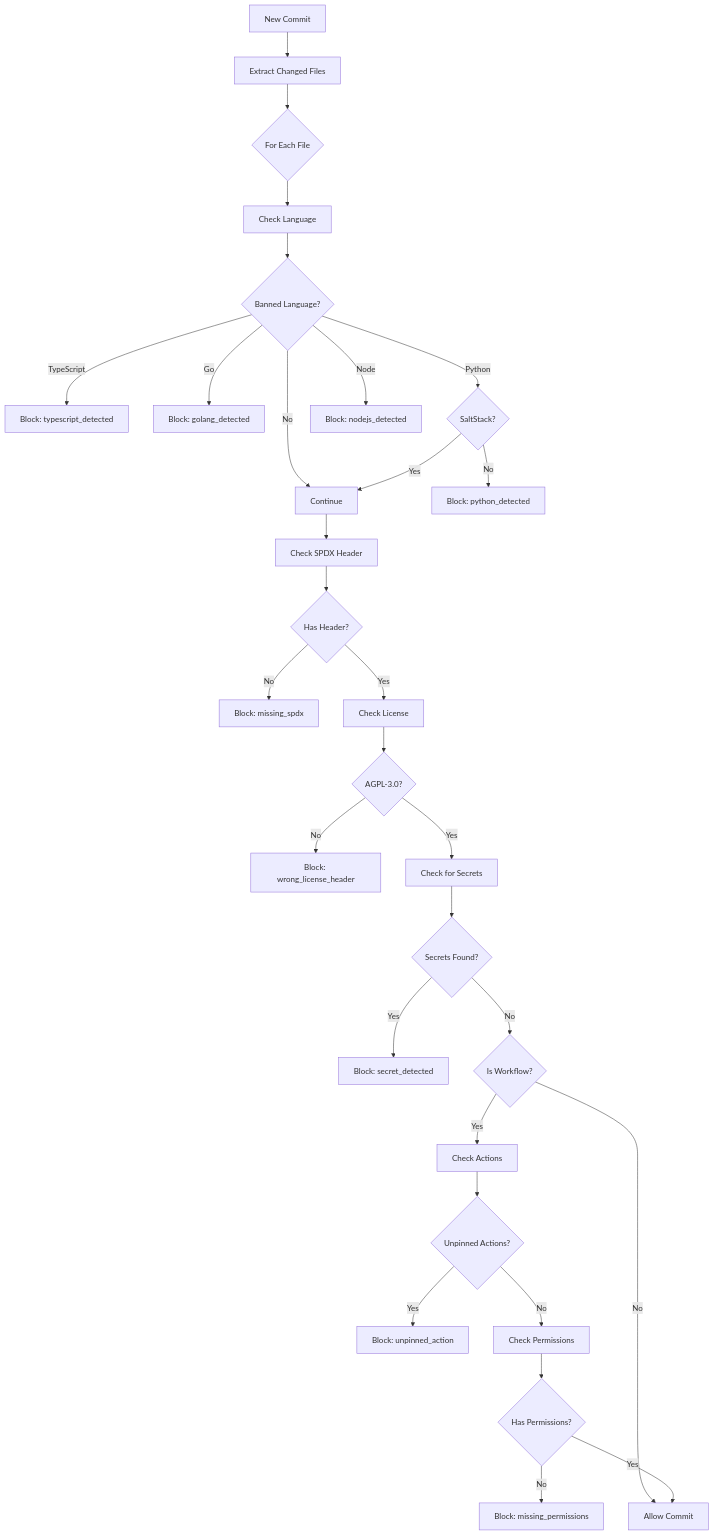
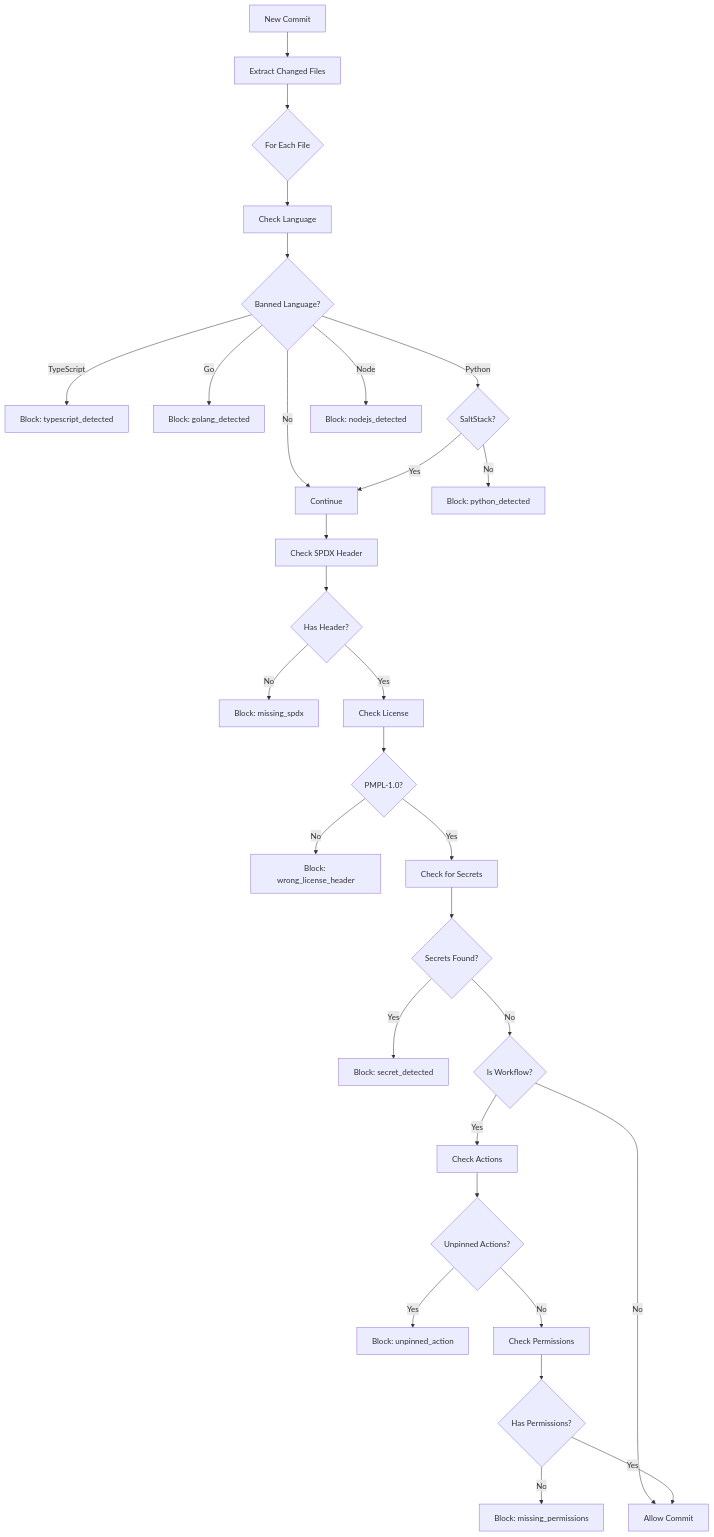
Before and after one commit to hyperpolymath/hypatia: the second of 10 diagrams in docs/diagrams/rule-execution.md, drawn with Mermaid. The commit also changed 15 other files, not shown here.

First line of the commit message:
Absorb Logtalk rules into Elixir, fix AGPL→PMPL, untrack binary

````diff
--- a/docs/diagrams/rule-execution.md
+++ b/docs/diagrams/rule-execution.md
@@ -56,43 +56,43 @@
 ```mermaid
 flowchart TD
     Commit[New Commit] --> ExtractFiles[Extract Changed Files]
 
     ExtractFiles --> ForEach{For Each File}
 
     ForEach --> CheckLang[Check Language]
     CheckLang --> Banned{Banned Language?}
 
     Banned -->|TypeScript| BlockTS[Block: typescript_detected]
     Banned -->|Go| BlockGo[Block: golang_detected]
     Banned -->|Python| CheckSalt{SaltStack?}
     Banned -->|Node| BlockNode[Block: nodejs_detected]
     Banned -->|No| NextCheck
 
     CheckSalt -->|Yes| NextCheck[Continue]
     CheckSalt -->|No| BlockPy[Block: python_detected]
 
     NextCheck --> CheckSPDX[Check SPDX Header]
     CheckSPDX --> HasSPDX{Has Header?}
 
     HasSPDX -->|No| BlockSPDX[Block: missing_spdx]
     HasSPDX -->|Yes| CheckLicense[Check License]
 
-    CheckLicense --> CorrectLicense{AGPL-3.0?}
+    CheckLicense --> CorrectLicense{PMPL-1.0?}
     CorrectLicense -->|No| BlockLicense[Block: wrong_license_header]
     CorrectLicense -->|Yes| CheckSecrets
 
     CheckSecrets[Check for Secrets] --> HasSecrets{Secrets Found?}
     HasSecrets -->|Yes| BlockSecret[Block: secret_detected]
     HasSecrets -->|No| CheckWorkflow
 
     CheckWorkflow{Is Workflow?} -->|Yes| CheckActions
     CheckWorkflow -->|No| Pass
 
     CheckActions[Check Actions] --> Unpinned{Unpinned Actions?}
     Unpinned -->|Yes| BlockAction[Block: unpinned_action]
     Unpinned -->|No| CheckPerms
 
     CheckPerms[Check Permissions] --> HasPerms{Has Permissions?}
     HasPerms -->|No| BlockPerms[Block: missing_permissions]
     HasPerms -->|Yes| Pass[Allow Commit]
 ```
````
